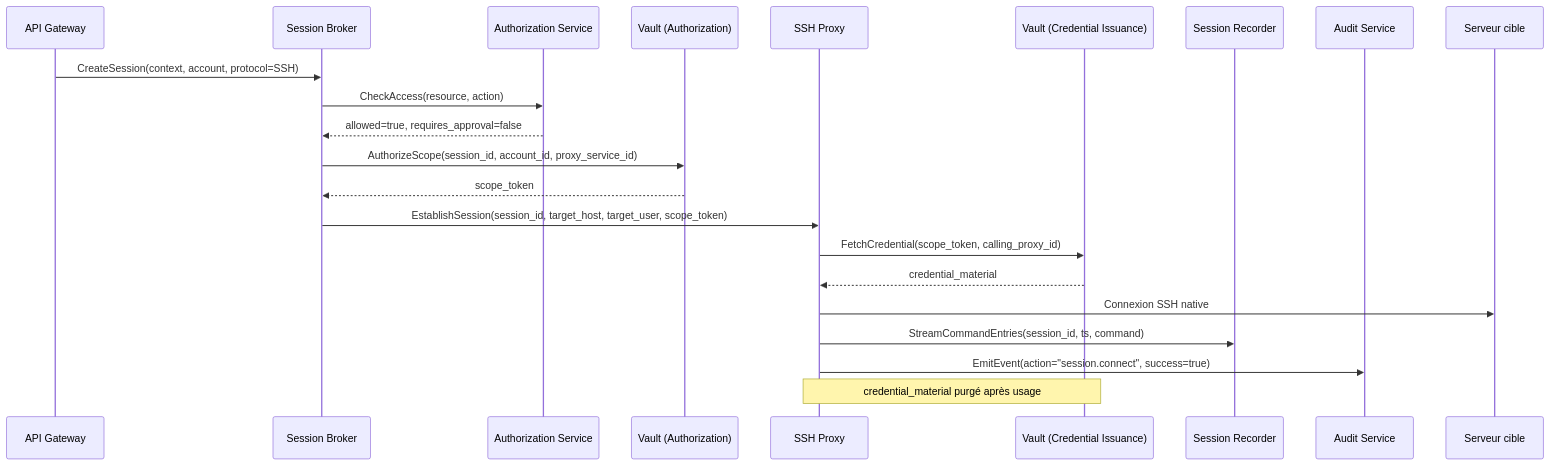
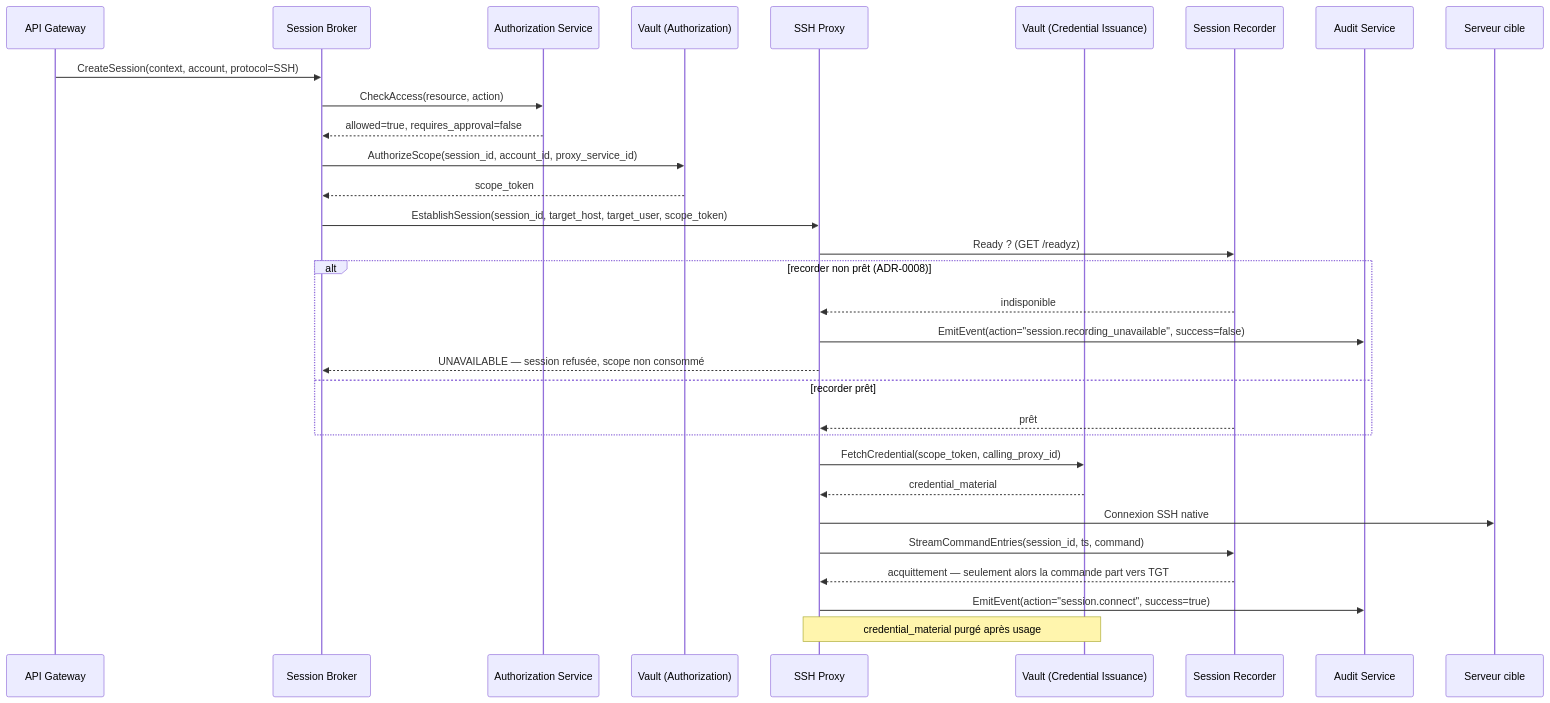
One commit to openbastion/openbastion changed the diagram in docs/architecture/OpenBastion_07_Interfaces_Inter_Services.md. Above: the diagram before and after it, drawn with Mermaid. The commit also changed other lines of this file and 42 other files, not shown here.

First line of the commit message:
feat(recording): enregistrer ou refuser — une session non enregistrable n'a pas lieu (ADR-0008)

````diff
--- a/docs/architecture/OpenBastion_07_Interfaces_Inter_Services.md
+++ b/docs/architecture/OpenBastion_07_Interfaces_Inter_Services.md
@@ -387,25 +397,34 @@
 ```mermaid
 sequenceDiagram
     participant GW as API Gateway
     participant BRK as Session Broker
     participant AUTHZ as Authorization Service
     participant VAULT as Vault (Authorization)
     participant PXY as SSH Proxy
     participant CRED as Vault (Credential Issuance)
     participant REC as Session Recorder
     participant AUD as Audit Service
     participant TGT as Serveur cible
 
     GW->>BRK: CreateSession(context, account, protocol=SSH)
     BRK->>AUTHZ: CheckAccess(resource, action)
     AUTHZ-->>BRK: allowed=true, requires_approval=false
     BRK->>VAULT: AuthorizeScope(session_id, account_id, proxy_service_id)
     VAULT-->>BRK: scope_token
     BRK->>PXY: EstablishSession(session_id, target_host, target_user, scope_token)
+    PXY->>REC: Ready ? (GET /readyz)
+    alt recorder non prêt (ADR-0008)
+        REC-->>PXY: indisponible
+        PXY->>AUD: EmitEvent(action="session.recording_unavailable", success=false)
+        PXY-->>BRK: UNAVAILABLE — session refusée, scope non consommé
+    else recorder prêt
+        REC-->>PXY: prêt
+    end
     PXY->>CRED: FetchCredential(scope_token, calling_proxy_id)
     CRED-->>PXY: credential_material
     PXY->>TGT: Connexion SSH native
     PXY->>REC: StreamCommandEntries(session_id, ts, command)
+    REC-->>PXY: acquittement — seulement alors la commande part vers TGT
     PXY->>AUD: EmitEvent(action="session.connect", success=true)
     Note over PXY,CRED: credential_material purgé après usage
 ```
````
